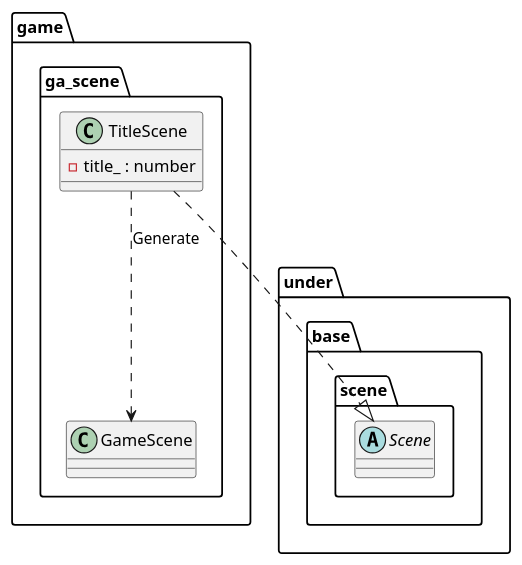
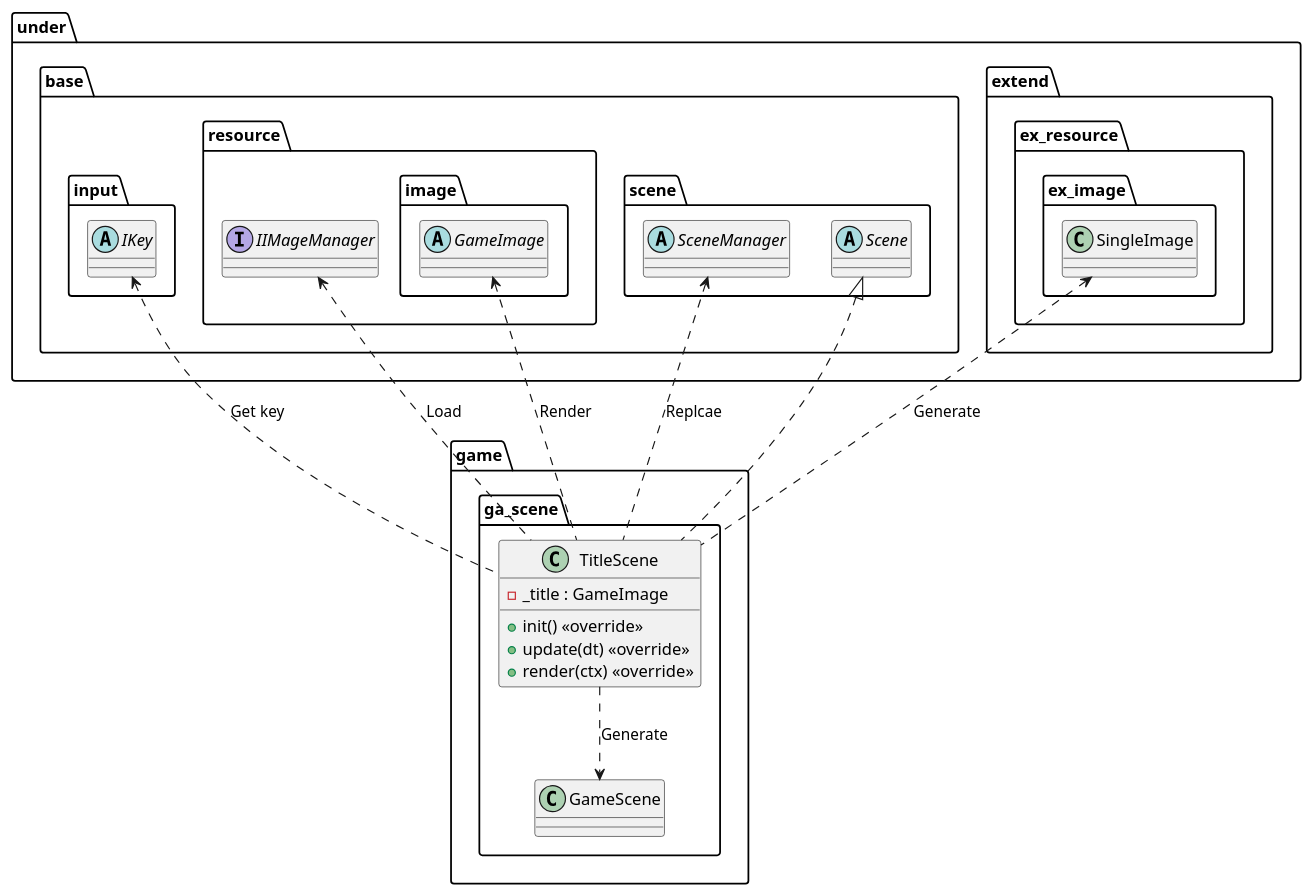
The diagram in uml/scene/Title.wsd (Expine/Under), drawn with PlantUML before and after one commit. The commit also changed 22 other files, not shown here.

```diff
--- a/uml/scene/Title.wsd
+++ b/uml/scene/Title.wsd
@@ -1,29 +1,55 @@
 @startuml SceneTitle
 
 package game {
     package ga_scene {
         class TitleScene {
-            -title_ : number
+            -_title : GameImage
+            +init() <<override>>
+            +update(dt) <<override>>
+            +render(ctx) <<override>>
         }
     }
 }
 
 package under {
     package base {
+        package input {
+            abstract IKey
+        }
+        package resource {
+            interface IIMageManager
+            package image {
+                abstract GameImage
+            }
+        }
         package scene {
+            abstract SceneManager
             abstract Scene
+        }
+    }
+
+    package extend {
+        package ex_resource {
+            package ex_image {
+                class SingleImage
+            }
         }
     }
 }
 
 package game {
     package ga_scene {
         class GameScene
     }
 }
 
+SingleImage <..TitleScene : Generate
+IIMageManager <.. TitleScene : Load
+IKey <.. TitleScene : Get key
+SceneManager <.. TitleScene : Replcae
+GameImage <.. TitleScene : Render
 TitleScene ..> GameScene : Generate
 
-TitleScene ..|> Scene
+Scene <|.. TitleScene
 
 @enduml
```
